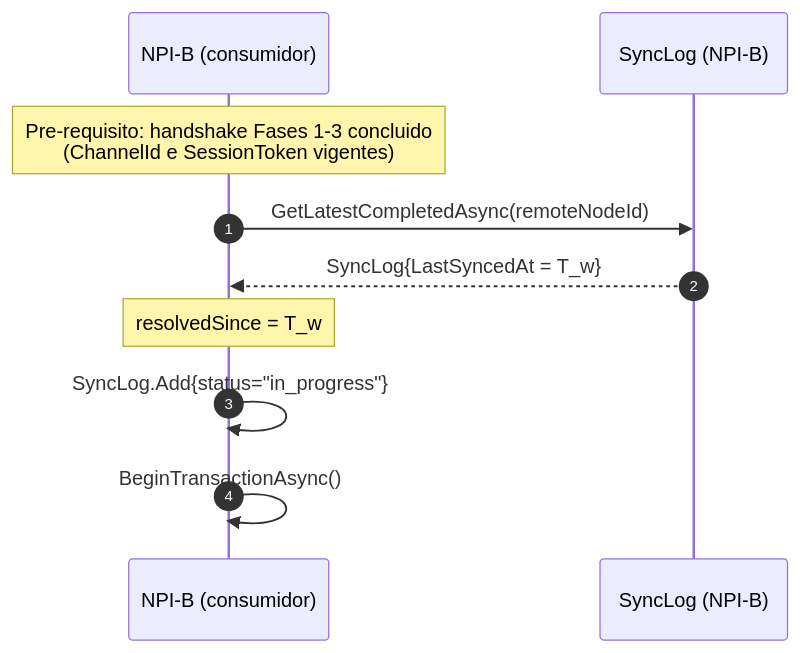
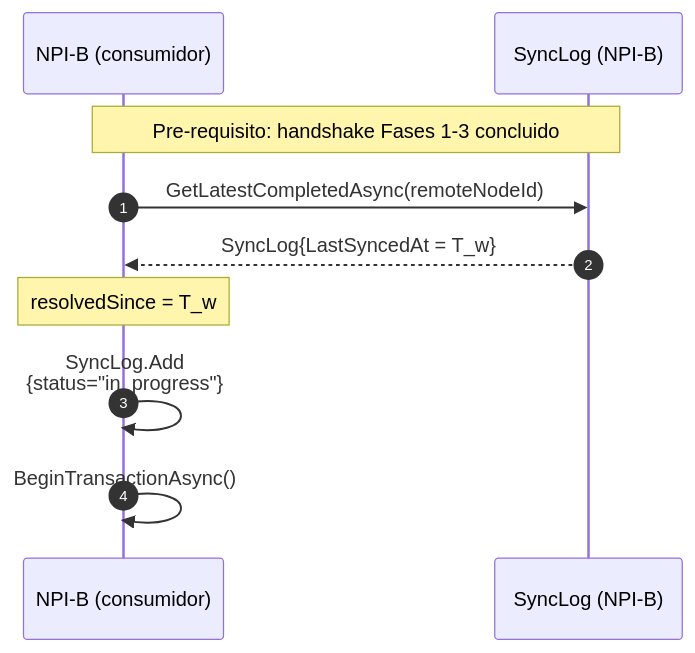
The diagram in figuras/Desenvolvimento/NPI/sync-catalogo-1-inicio.mmd (VitorAndTxr/TCC-Vitor), drawn with Mermaid before and after one commit. The commit also changed 1 other file, not shown here.

Commit message:
Correção em diagrama de catalogo

```diff
--- a/figuras/Desenvolvimento/NPI/sync-catalogo-1-inicio.mmd
+++ b/figuras/Desenvolvimento/NPI/sync-catalogo-1-inicio.mmd
@@ -1,18 +1,17 @@
 %% ============================================================
 %% Sincronizacao SNOMED - Parte 1/3: inicio (watermark + tx)
 %% Referenciado em: cap-experimentos-resultados.tex (4.2.5.2)
 %% Label: fig:NPISyncCatalogoInicio
 %% ============================================================
 sequenceDiagram
     autonumber
     participant B as NPI-B (consumidor)
     participant LB as SyncLog (NPI-B)
 
-    Note over B: Pre-requisito: handshake Fases 1-3 concluido<br/>(ChannelId e SessionToken vigentes)
-
+    Note over B,LB : Pre-requisito: handshake Fases 1-3 concluido
     B->>LB: GetLatestCompletedAsync(remoteNodeId)
     LB-->>B: SyncLog{LastSyncedAt = T_w}
     Note over B: resolvedSince = T_w
 
-    B->>B: SyncLog.Add{status="in_progress"}
+    B->>B: SyncLog.Add<br/>{status="in_progress"}
     B->>B: BeginTransactionAsync()
```
